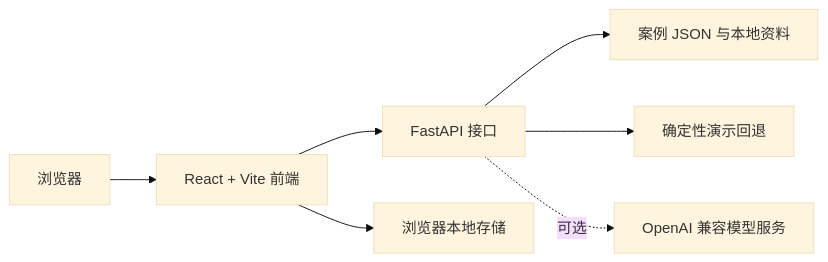
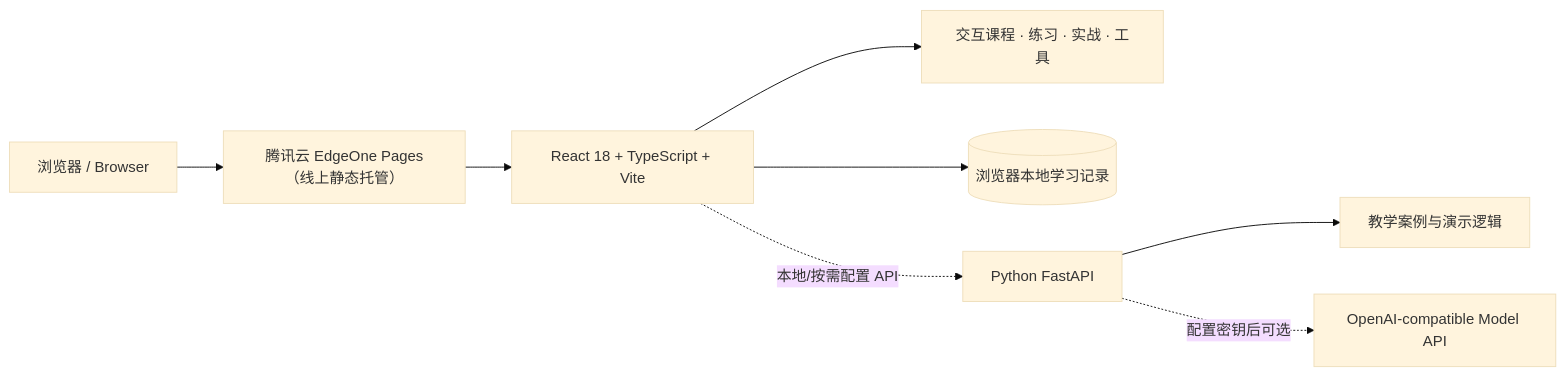
One commit to Xiaotian69/modelingbridge changed the second of 2 diagrams in README.zh-CN.md. Above: the diagram before and after it, drawn with Mermaid (base theme). The commit also changed other lines of this file and 2 other files, not shown here.

````diff
--- a/README.zh-CN.md
+++ b/README.zh-CN.md
@@ -65,9 +176,10 @@
 ```mermaid
 flowchart LR
-    B[浏览器] --> F[React + Vite 前端]
-    F --> A[FastAPI 接口]
-    A --> C[案例 JSON 与本地资料]
-    A --> D[确定性演示回退]
-    A -. 可选 .-> L[OpenAI 兼容模型服务]
-    F --> S[浏览器本地存储]
+    U["浏览器 / Browser"] --> E["腾讯云 EdgeOne Pages（线上静态托管）"]
+    E --> W["React 18 + TypeScript + Vite"]
+    W --> I["交互课程 · 练习 · 实战 · 工具"]
+    W --> L[("浏览器本地学习记录")]
+    W -. "本地/按需配置 API" .-> A["Python FastAPI"]
+    A --> C["教学案例与演示逻辑"]
+    A -. "配置密钥后可选" .-> M["OpenAI-compatible Model API"]
 ```
````
